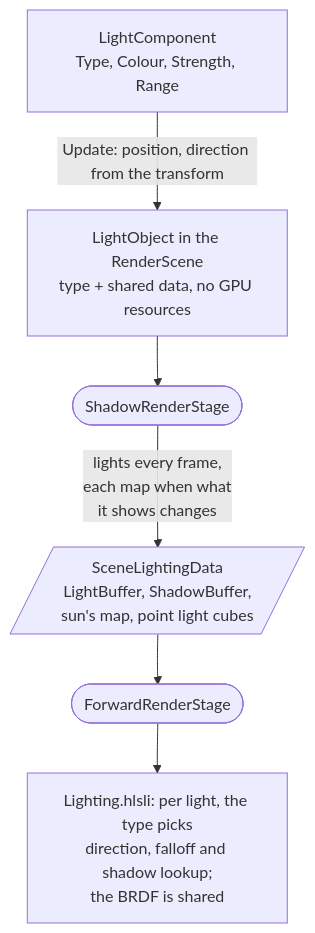
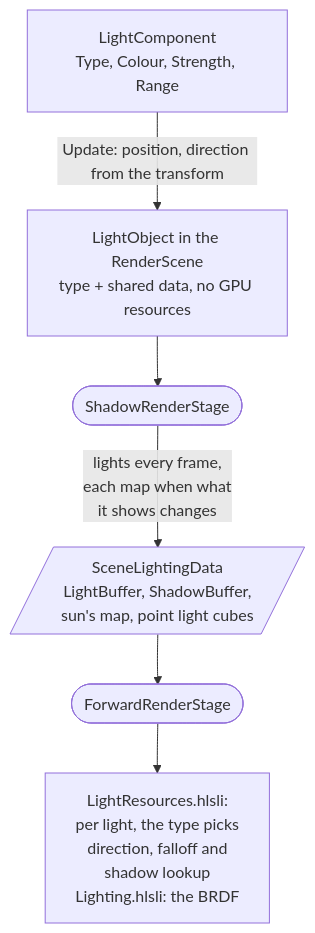
The second of 5 diagrams in Docs/Generated/Engine/04-Rendering/Engine-Graphics-Layer.md (b1nary0/RZE), drawn with Mermaid before and after one commit. The commit also changed other lines of this file and 5 other files, not shown here.

````diff
--- a/Docs/Generated/Engine/04-Rendering/Engine-Graphics-Layer.md
+++ b/Docs/Generated/Engine/04-Rendering/Engine-Graphics-Layer.md
@@ -76,16 +79,16 @@
 ```mermaid
 %%{init: {'flowchart': {'subGraphTitleMargin': {'top': 6, 'bottom': 10}}, 'themeCSS': '.labelBkg, .edgeLabel { background-color: var(--background-primary) !important; } .messageText, .labelText, .loopText { paint-order: stroke; stroke: var(--background-primary); stroke-width: 5px; stroke-linejoin: round; }'}}%%
 flowchart TD
     LC["LightComponent<br/>Type, Colour, Strength, Range"]
     LO["LightObject in the RenderScene<br/>type + shared data, no GPU resources"]
     SRS(["ShadowRenderStage"])
     SLD[/"SceneLightingData<br/>LightBuffer, ShadowBuffer,<br/>sun's map, point light cubes"/]
     FRS(["ForwardRenderStage"])
-    SH["Lighting.hlsli: per light, the type picks<br/>direction, falloff and shadow lookup;<br/>the BRDF is shared"]
+    SH["LightResources.hlsli:<br/>per light, the type picks<br/>direction, falloff and<br/>shadow lookup<br/>Lighting.hlsli: the BRDF"]
 
     LC -->|"Update: position, direction from the transform"| LO
     LO --> SRS
     SRS -->|"lights every frame,<br/>each map when what<br/>it shows changes"| SLD
     SLD --> FRS
     FRS --> SH
 ```
````
